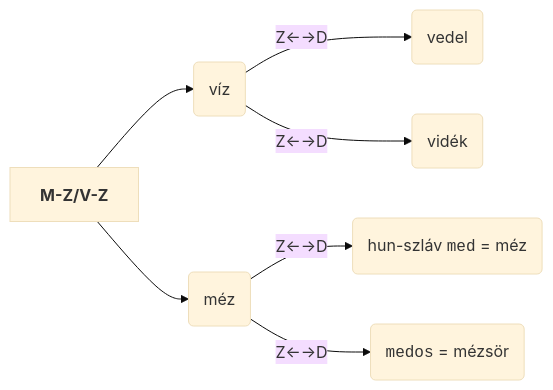
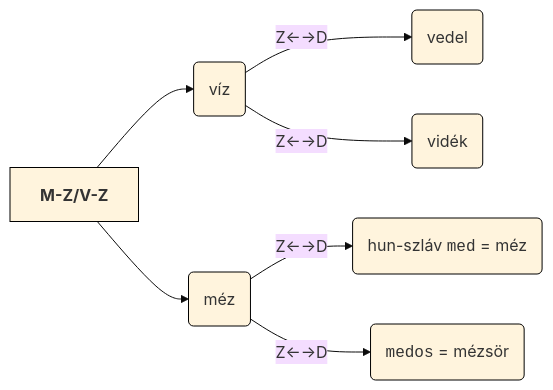
One commit to zanodor/TUDDASSTTARR changed diagram 14 of 19 in src/site/notes/B/Balk.md. Above: the diagram before and after it, drawn with Mermaid (base theme). The commit also changed other lines of this file and 1 other file, not shown here.

````diff
--- a/src/site/notes/B/Balk.md
+++ b/src/site/notes/B/Balk.md
@@ -56,19 +412,18 @@
 ```mermaid
-
-
 flowchart LR
 
 	head[<b>M-Z/V-Z</b>]
 	lvl2_a("víz")
 	lvl2_b("méz")
 	lvl3_a("vedel")
 	lvl3_b("vidék")
 	lvl3_c("hun-szláv <code>med</code> = méz")
 	lvl3_d("<code>medos</code> = mézsör")
 
 	head --> lvl2_a & lvl2_b
 	lvl2_a -- "Z←→D" -->  lvl3_a & lvl3_b
 	lvl2_b -- "Z←→D" -->  lvl3_c & lvl3_d
 
-	class lvl2_a,lvl2_b,lvl3_a,lvl3_b internal-link;
+	classDef fillStyle stroke:#000000,stroke-width:1px,stroke-dasharray: 0;
+	class head,lvl2_a,lvl2_b,lvl3_a,lvl3_b,lvl3_c,lvl3_d fillStyle;
 ```
````
